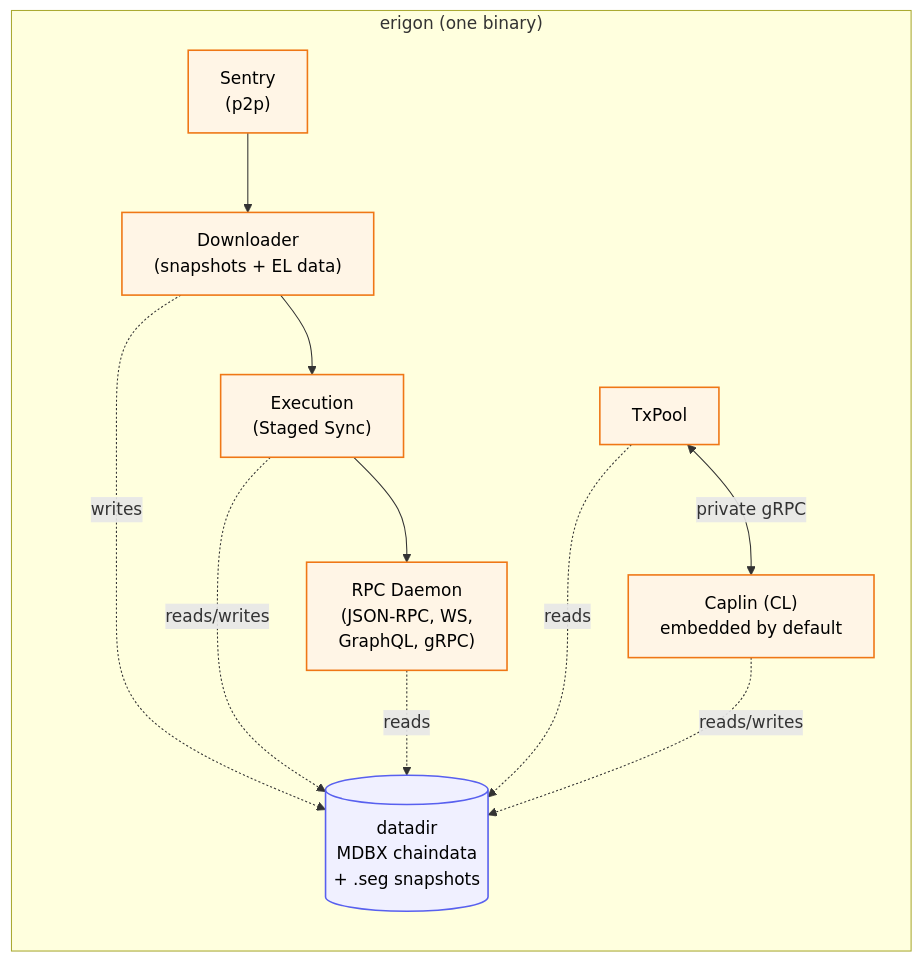
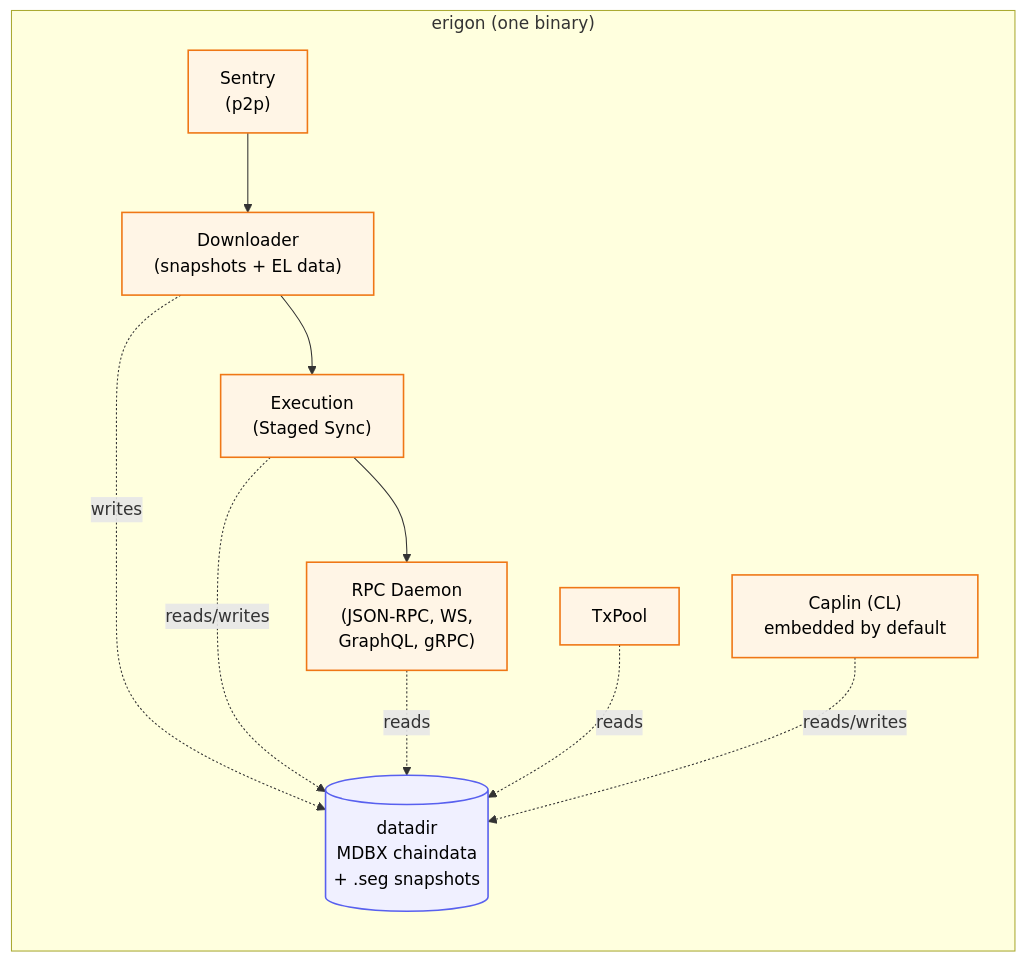
Before and after one commit to erigontech/erigon: the diagram in docs/site/docs/fundamentals/architecture.md, drawn with Mermaid. The commit also changed other lines of this file, not shown here.

Commit message:
docs: address review feedback in architecture docs

````diff
--- a/docs/site/docs/fundamentals/architecture.md
+++ b/docs/site/docs/fundamentals/architecture.md
@@ -13,30 +13,29 @@
 ```mermaid
 flowchart TB
     subgraph erigon["erigon (one binary)"]
         direction TB
         Sentry["Sentry<br/>(p2p)"]
         Downloader["Downloader<br/>(snapshots + EL data)"]
         Execution["Execution<br/>(Staged Sync)"]
         RPC["RPC Daemon<br/>(JSON-RPC, WS,<br/>GraphQL, gRPC)"]
         TxPool["TxPool"]
         Caplin["Caplin (CL)<br/>embedded by default"]
         Datadir[("datadir<br/>MDBX chaindata<br/>+ .seg snapshots")]
 
         Sentry --> Downloader
         Downloader --> Execution
         Execution --> RPC
 
         Downloader -.writes.-> Datadir
         Execution -.reads/writes.-> Datadir
         RPC -.reads.-> Datadir
 
-        TxPool <-- private gRPC --> Caplin
         TxPool -.reads.-> Datadir
         Caplin -.reads/writes.-> Datadir
     end
 
     classDef component fill:#fff5e6,stroke:#EF7716,stroke-width:1.5px,color:#000
     classDef storage fill:#f0f0ff,stroke:#5860EF,stroke-width:1.5px,color:#000
     class Sentry,Downloader,Execution,RPC,TxPool,Caplin component
     class Datadir storage
 ```
````
